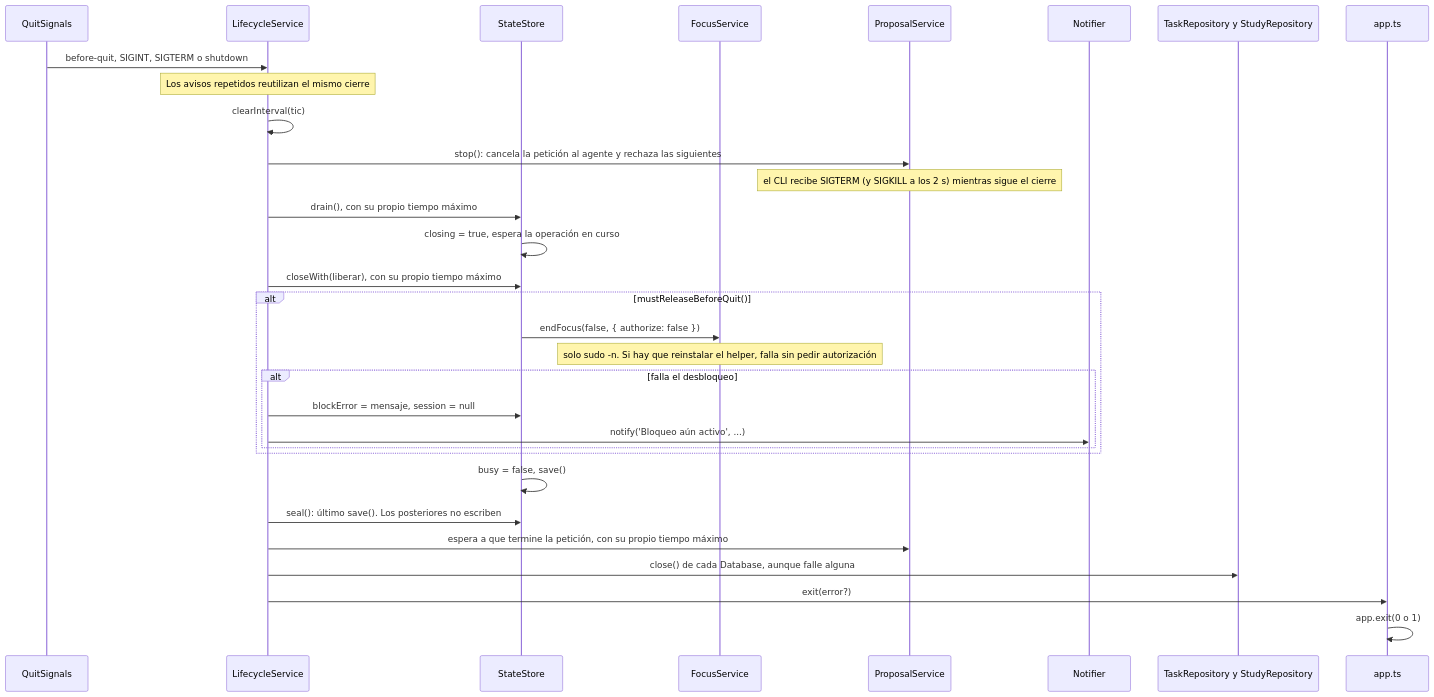
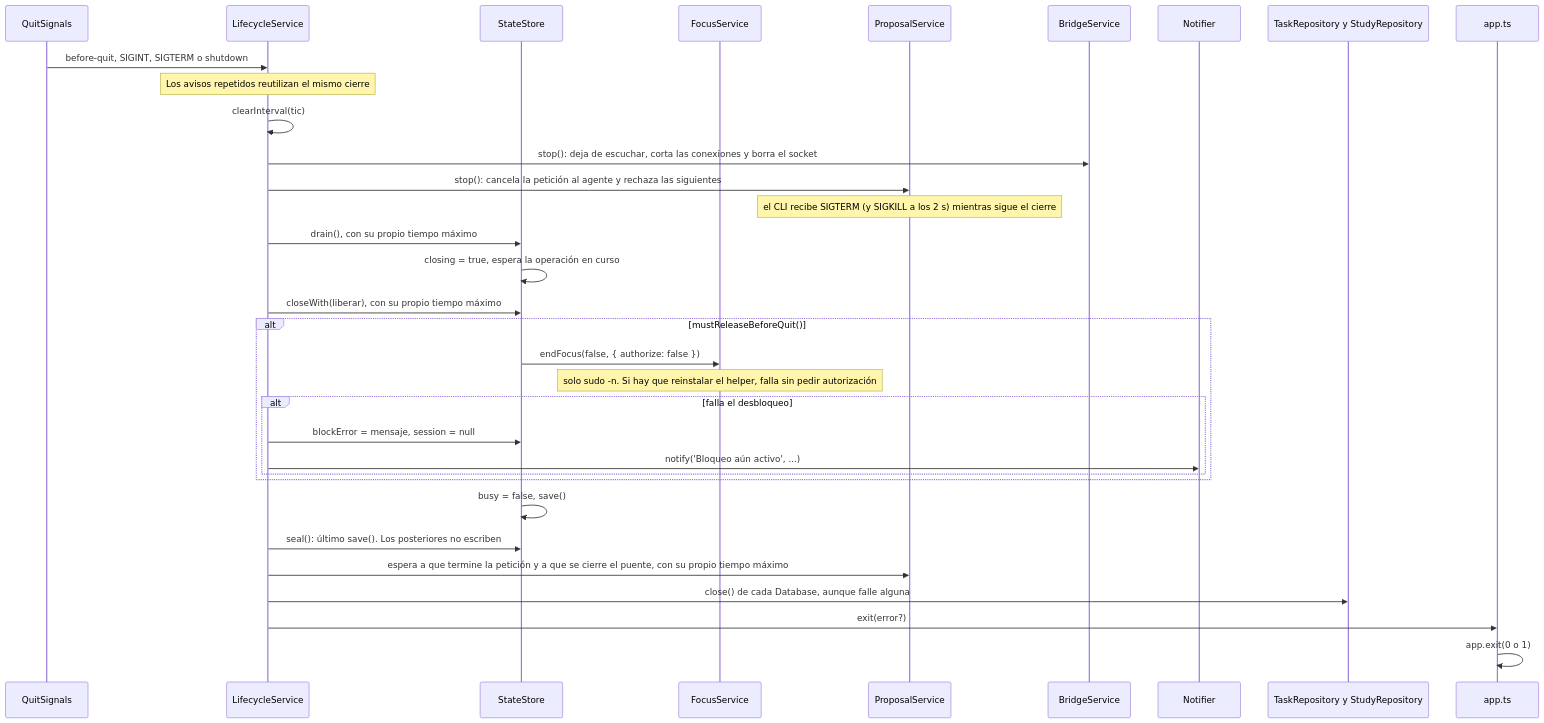
Before and after one commit to DevJuan95/ritmo: the eighth of 13 diagrams in docs/arquitectura.md, drawn with Mermaid. The commit also changed other lines of this file and 36 other files, not shown here.

````diff
--- a/docs/arquitectura.md
+++ b/docs/arquitectura.md
@@ -287,34 +317,36 @@
 ```mermaid
 sequenceDiagram
   participant Q as QuitSignals
   participant L as LifecycleService
   participant S as StateStore
   participant F as FocusService
   participant P as ProposalService
+  participant B as BridgeService
   participant N as Notifier
   participant R as TaskRepository y StudyRepository
   participant A as app.ts
 
   Q->>L: before-quit, SIGINT, SIGTERM o shutdown
   Note over L: Los avisos repetidos reutilizan el mismo cierre
   L->>L: clearInterval(tic)
+  L->>B: stop(): deja de escuchar, corta las conexiones y borra el socket
   L->>P: stop(): cancela la petición al agente y rechaza las siguientes
   Note over P: el CLI recibe SIGTERM (y SIGKILL a los 2 s) mientras sigue el cierre
   L->>S: drain(), con su propio tiempo máximo
   S->>S: closing = true, espera la operación en curso
   L->>S: closeWith(liberar), con su propio tiempo máximo
   alt mustReleaseBeforeQuit()
     S->>F: endFocus(false, { authorize: false })
     Note over F: solo sudo -n. Si hay que reinstalar el helper, falla sin pedir autorización
     alt falla el desbloqueo
       L->>S: blockError = mensaje, session = null
       L->>N: notify('Bloqueo aún activo', ...)
     end
   end
   S->>S: busy = false, save()
   L->>S: seal(): último save(). Los posteriores no escriben
-  L->>P: espera a que termine la petición, con su propio tiempo máximo
+  L->>P: espera a que termine la petición y a que se cierre el puente, con su propio tiempo máximo
   L->>R: close() de cada Database, aunque falle alguna
   L->>A: exit(error?)
   A->>A: app.exit(0 o 1)
 ```
````
